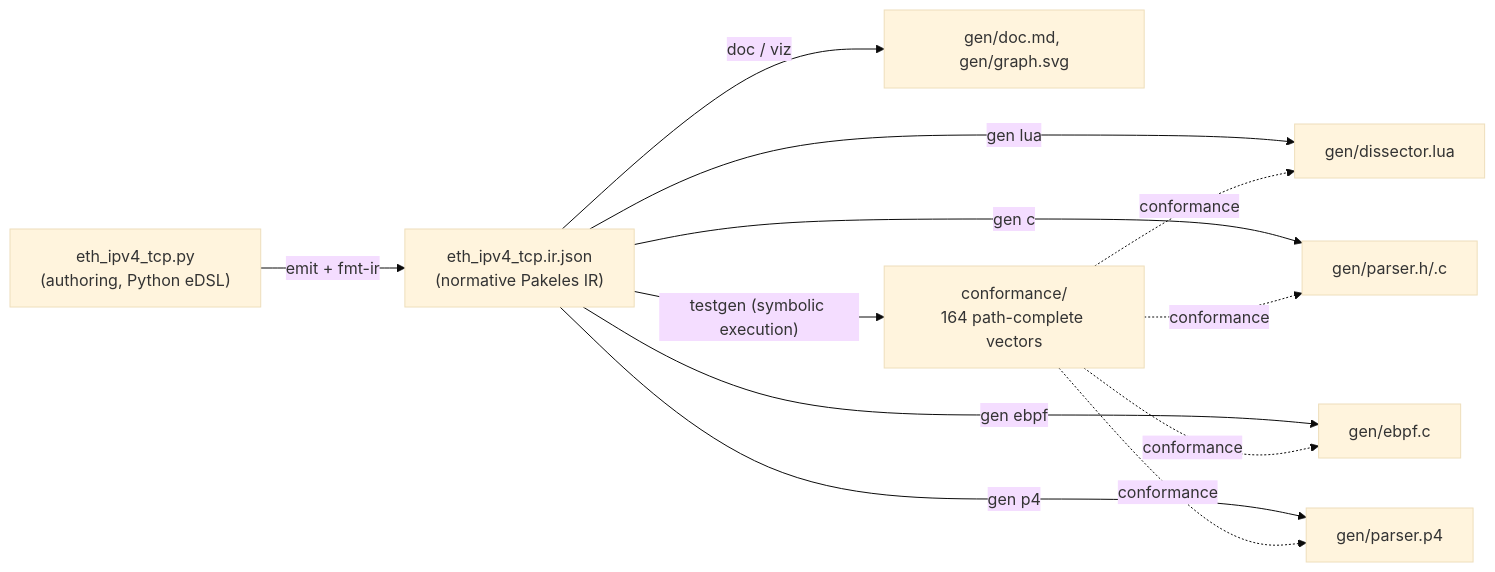
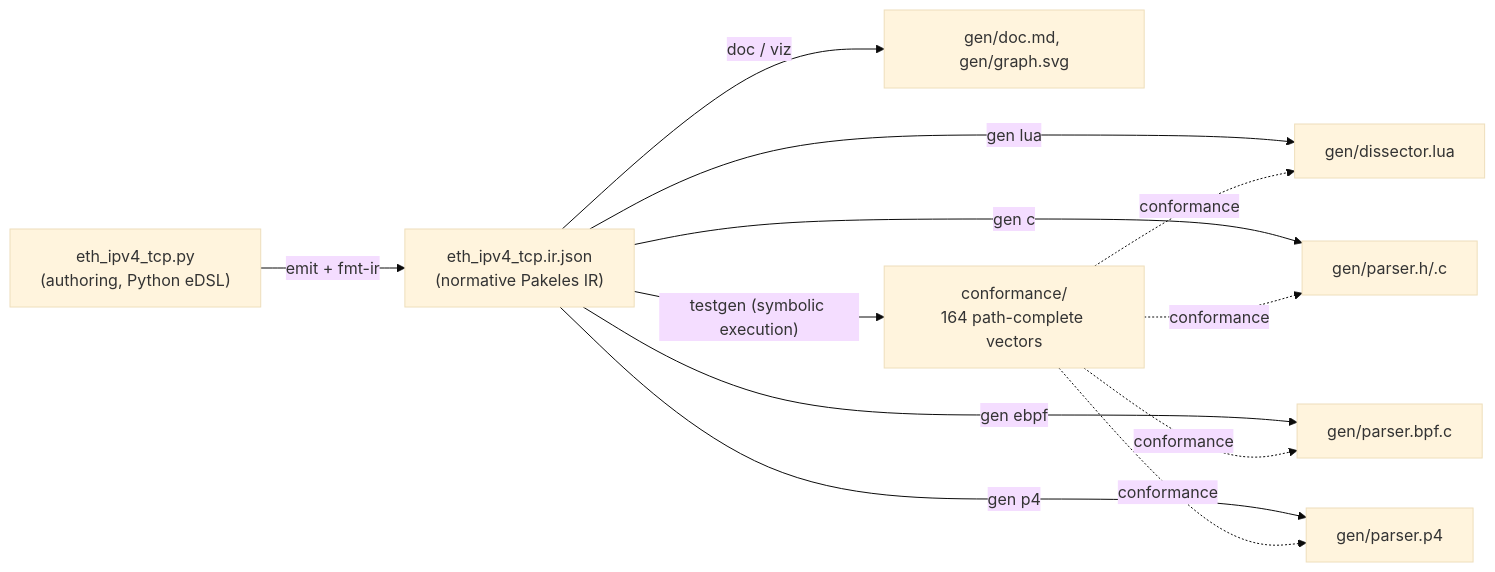
Before and after one commit to qobilidop/pakelesir: the diagram in examples/eth_ipv4_tcp/README.md, drawn with Mermaid (base theme). The commit also changed other lines of this file and 4 other files, not shown here.

First line of the commit message:
refactor: ebpf.c -> parser.bpf.c (libbpf naming convention)

````diff
--- a/examples/eth_ipv4_tcp/README.md
+++ b/examples/eth_ipv4_tcp/README.md
@@ -7,11 +7,11 @@
 ```mermaid
 flowchart LR
     PY["eth_ipv4_tcp.py\n(authoring, Python eDSL)"] -->|"emit + fmt-ir"| IR["eth_ipv4_tcp.ir.json\n(normative Pakeles IR)"]
     IR -->|"gen lua"| LUA["gen/dissector.lua"]
     IR -->|"gen c"| C["gen/parser.h/.c"]
-    IR -->|"gen ebpf"| EBPF["gen/ebpf.c"]
+    IR -->|"gen ebpf"| EBPF["gen/parser.bpf.c"]
     IR -->|"gen p4"| P4["gen/parser.p4"]
     IR -->|"doc / viz"| DOCS["gen/doc.md, gen/graph.svg"]
     IR -->|"testgen (symbolic execution)"| V["conformance/\n164 path-complete vectors"]
     V -.->|conformance| LUA & C & EBPF & P4
 ```
````
